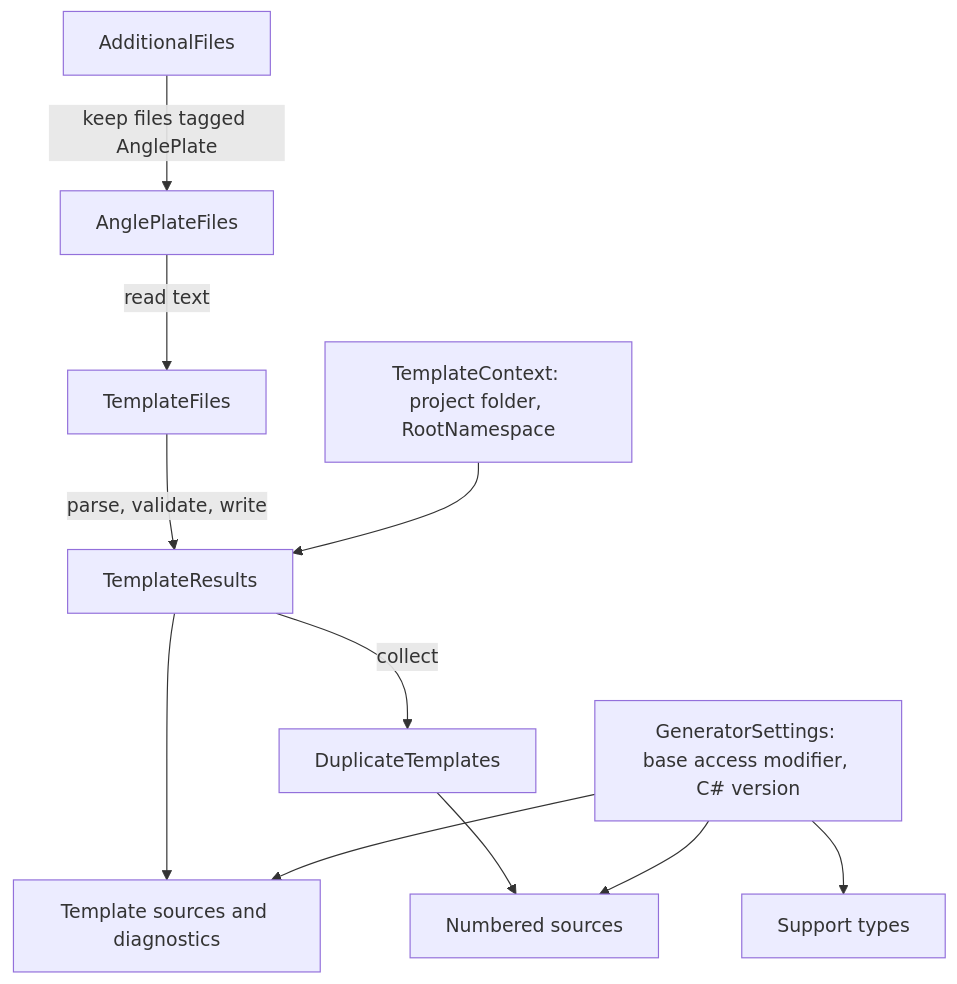
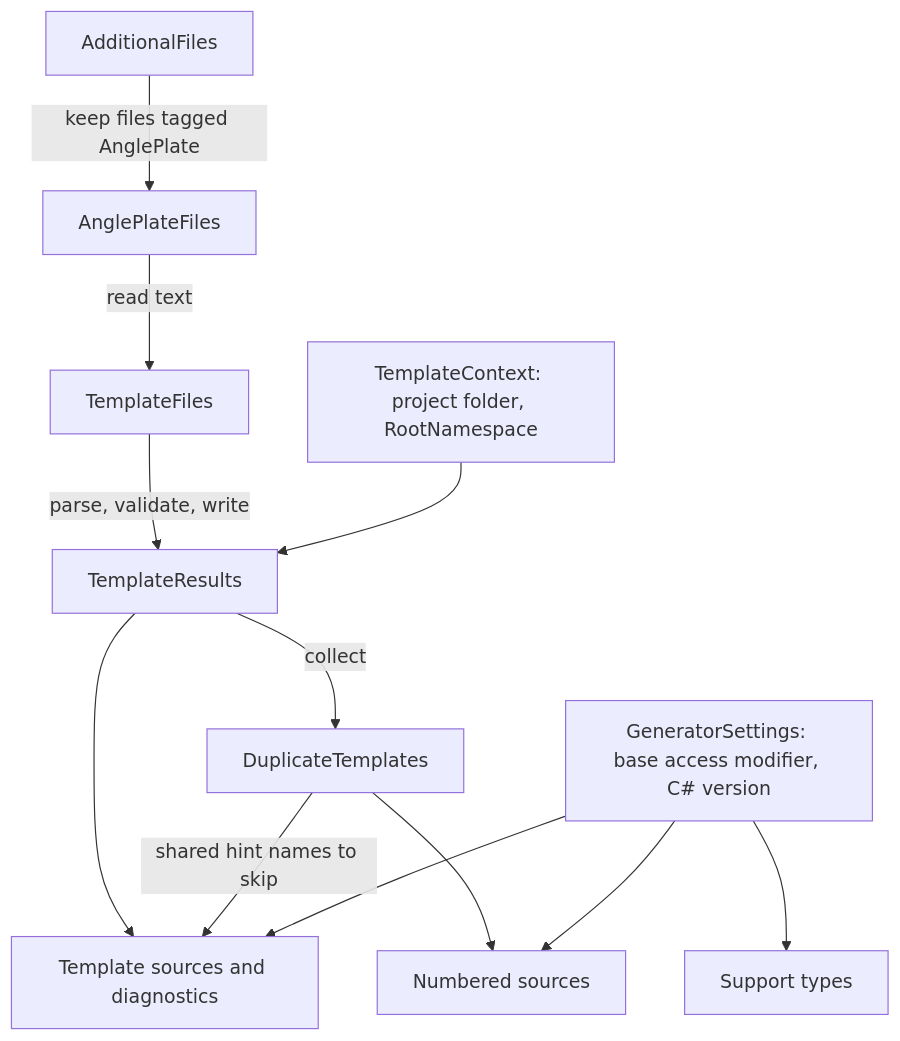
The diagram in docs/development.md (SlusserLabs/AnglePlates), drawn with Mermaid before and after one commit. The commit also changed other lines of this file and 26 other files, not shown here.

````diff
--- a/docs/development.md
+++ b/docs/development.md
@@ -142,13 +142,14 @@
 ```mermaid
 flowchart TD
     A[AdditionalFiles] -->|keep files tagged AnglePlate| B[AnglePlateFiles]
     B -->|read text| C[TemplateFiles]
     C -->|parse, validate, write| D[TemplateResults]
     P[TemplateContext: project folder, RootNamespace] --> D
     D --> E[Template sources and diagnostics]
     D -->|collect| G[DuplicateTemplates]
+    G -->|shared hint names to skip| E
     G --> N[Numbered sources]
     S[GeneratorSettings: base access modifier, C# version] --> H[Support types]
     S --> E
     S --> N
 ```
````
